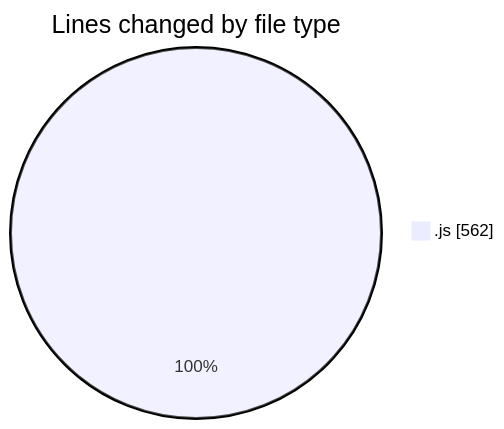
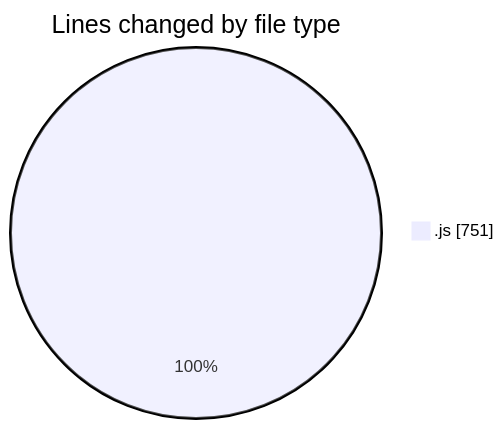
The first of 2 diagrams in 2026-02-21/bot_v1_2/README.md (becaeroporto-bot/code-tracking), drawn with Mermaid before and after one commit. The commit also changed other lines of this file and 1 other file, not shown here.

````diff
--- a/2026-02-21/bot_v1_2/README.md
+++ b/2026-02-21/bot_v1_2/README.md
@@ -21,5 +22,5 @@
 ```mermaid
 pie showData
 title Lines changed by file type
-".js" : 562
+".js" : 751
 ```
````
